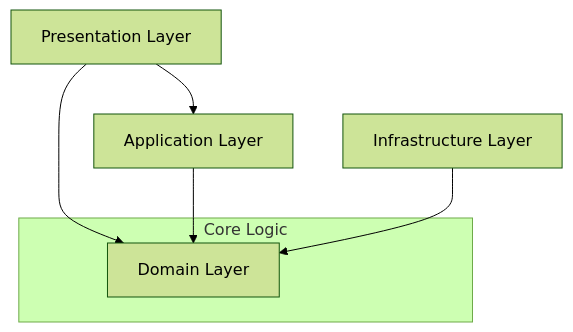
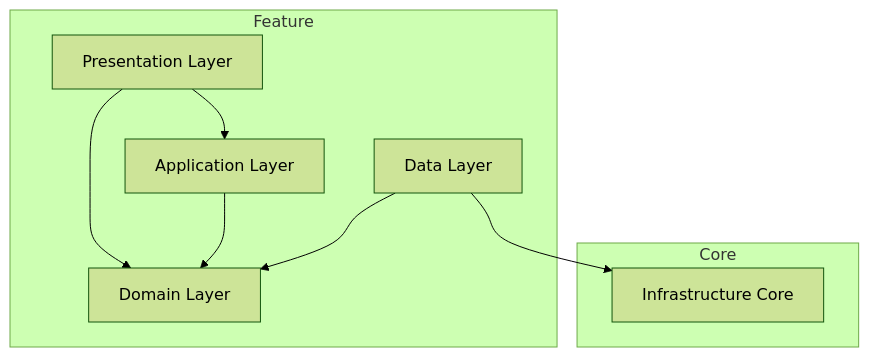
One commit to BaoTrung37/flutter_template_bloc_feature_first changed the diagram in lib/feature_structure/README.md. Above: the diagram before and after it, drawn with Mermaid (forest theme). The commit also changed other lines of this file and 2 other files, not shown here.

````diff
--- a/lib/feature_structure/README.md
+++ b/lib/feature_structure/README.md
@@ -7,11 +7,19 @@
 ```mermaid
 graph TD
     P[Presentation Layer] --> A[Application Layer]
     P --> D[Domain Layer]
     A --> D
-    I[Infrastructure Layer] --> D
+    Data[Data Layer] --> D
+    Data --> I[Infrastructure Core]
     
-    subgraph Core Logic
+    subgraph Feature
+    P
+    A
     D
+    Data
+    end
+    
+    subgraph Core
+    I
     end
 ```
````
